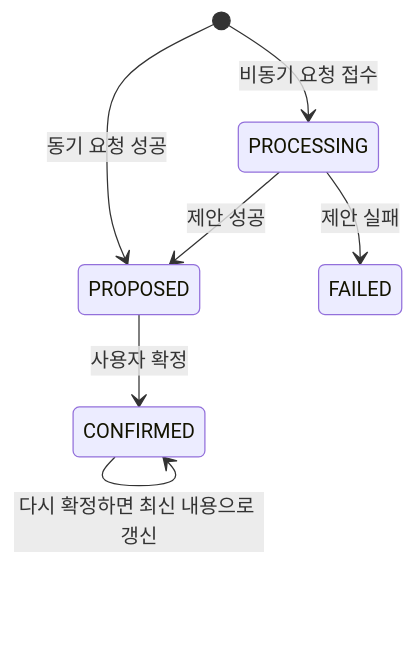
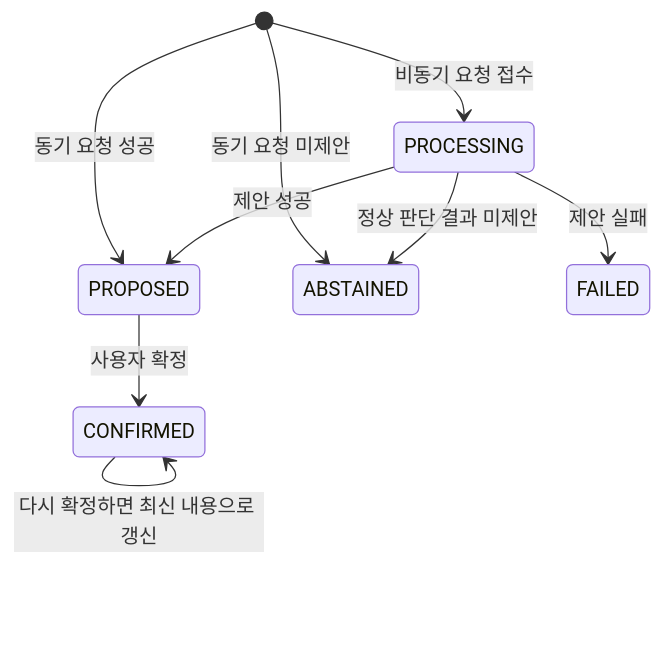
The second of 2 diagrams in docs/agents/model_parameter_agent/03_MODEL_PARAMETER_AGENT_DB_SPEC.md (enkhbaatarL/skmip-mi-agent), drawn with Mermaid before and after one commit. The commit also changed other lines of this file and 56 other files, not shown here.

````diff
--- a/docs/agents/model_parameter_agent/03_MODEL_PARAMETER_AGENT_DB_SPEC.md
+++ b/docs/agents/model_parameter_agent/03_MODEL_PARAMETER_AGENT_DB_SPEC.md
@@ -168,9 +172,11 @@
 ```mermaid
 stateDiagram-v2
     [*] --> PROCESSING: 비동기 요청 접수
     PROCESSING --> PROPOSED: 제안 성공
+    PROCESSING --> ABSTAINED: 정상 판단 결과 미제안
     PROCESSING --> FAILED: 제안 실패
     [*] --> PROPOSED: 동기 요청 성공
+    [*] --> ABSTAINED: 동기 요청 미제안
     PROPOSED --> CONFIRMED: 사용자 확정
     CONFIRMED --> CONFIRMED: 다시 확정하면 최신 내용으로 갱신
 ```
````
